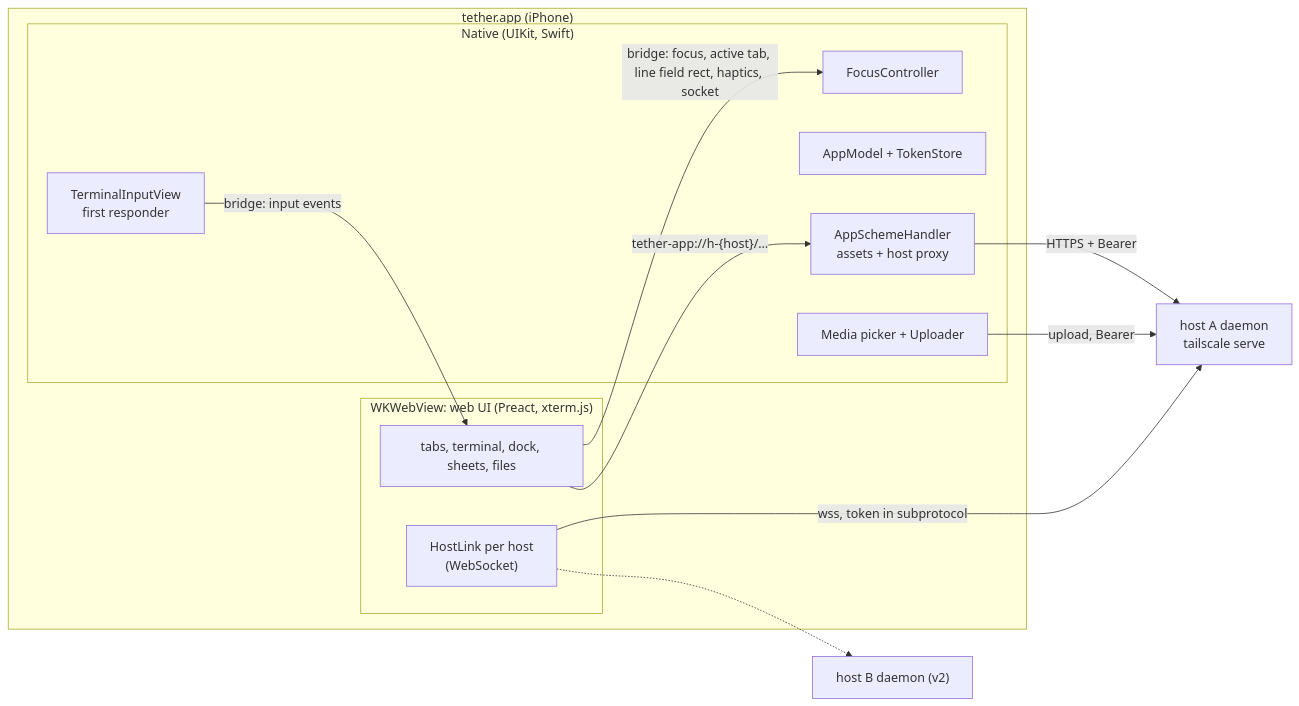
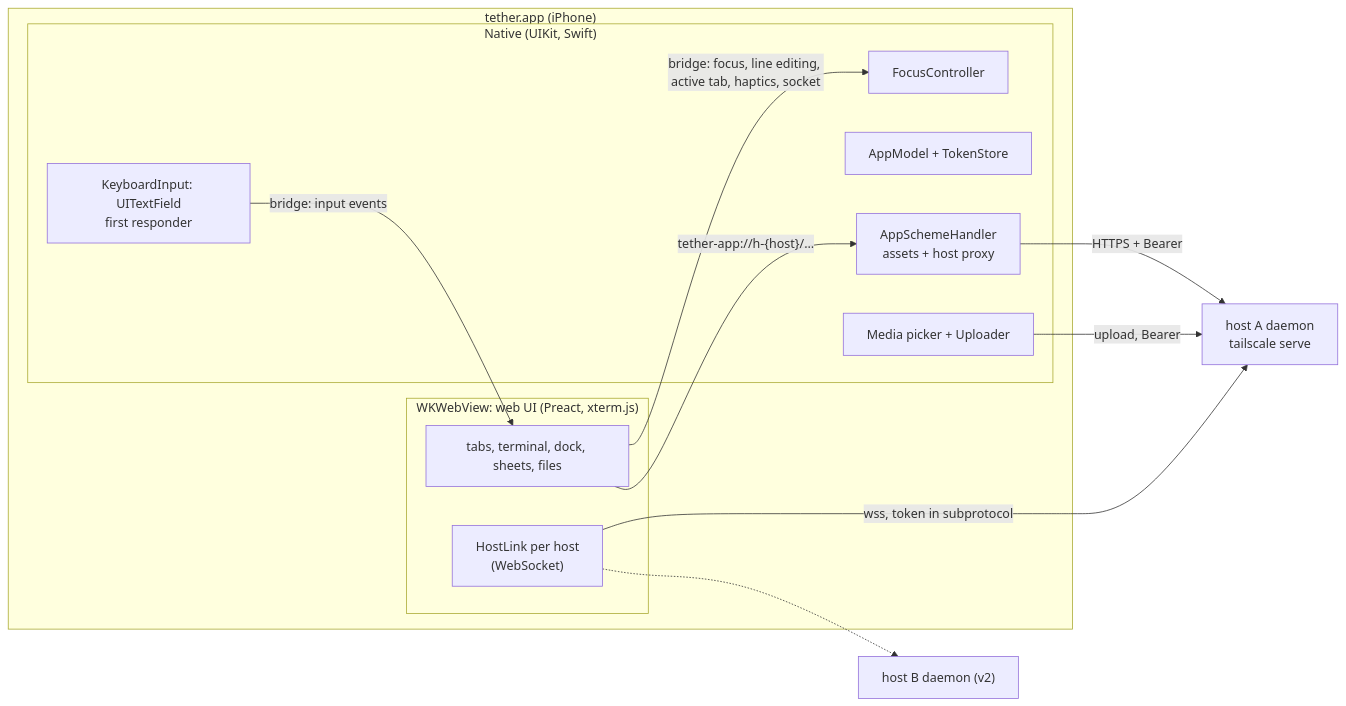
One commit to haowjy/tether changed the diagram in docs/design/ios-shell.md. Above: the diagram before and after it, drawn with Mermaid. The commit also changed other lines of this file and 55 other files, not shown here.

First line of the commit message:
One keyboard on the phone: native owns typing, the box mirrors the line

````diff
--- a/docs/design/ios-shell.md
+++ b/docs/design/ios-shell.md
@@ -23,25 +23,25 @@
 ```mermaid
 flowchart LR
   subgraph app["tether.app (iPhone)"]
     subgraph native["Native (UIKit, Swift)"]
-      input["TerminalInputView<br/>first responder"]
+      input["KeyboardInput: UITextField<br/>first responder"]
       focus["FocusController"]
       auth["AppModel + TokenStore"]
       scheme["AppSchemeHandler<br/>assets + host proxy"]
       media["Media picker + Uploader"]
     end
     subgraph web["WKWebView: web UI (Preact, xterm.js)"]
       ui["tabs, terminal, dock, sheets, files"]
       link["HostLink per host<br/>(WebSocket)"]
     end
   end
   h1["host A daemon<br/>tailscale serve"]
   h2["host B daemon (v2)"]
   input -- "bridge: input events" --> ui
-  ui -- "bridge: focus, active tab, line field rect, haptics, socket" --> focus
+  ui -- "bridge: focus, line editing, active tab, haptics, socket" --> focus
   ui -- "tether-app://h-{host}/…" --> scheme
   scheme -- "HTTPS + Bearer" --> h1
   media -- "upload, Bearer" --> h1
   link -- "wss, token in subprotocol" --> h1
   link -.-> h2
 ```
````
